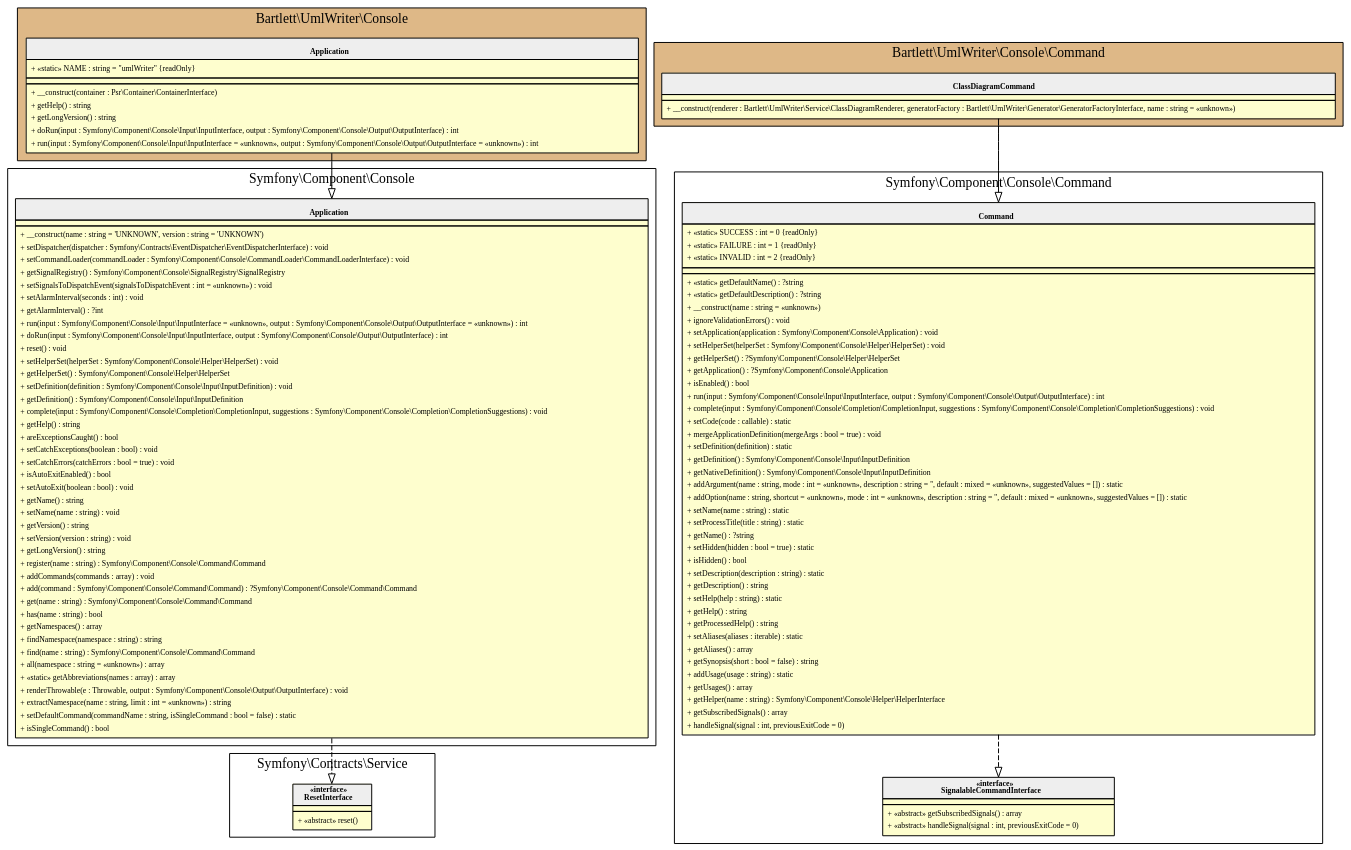
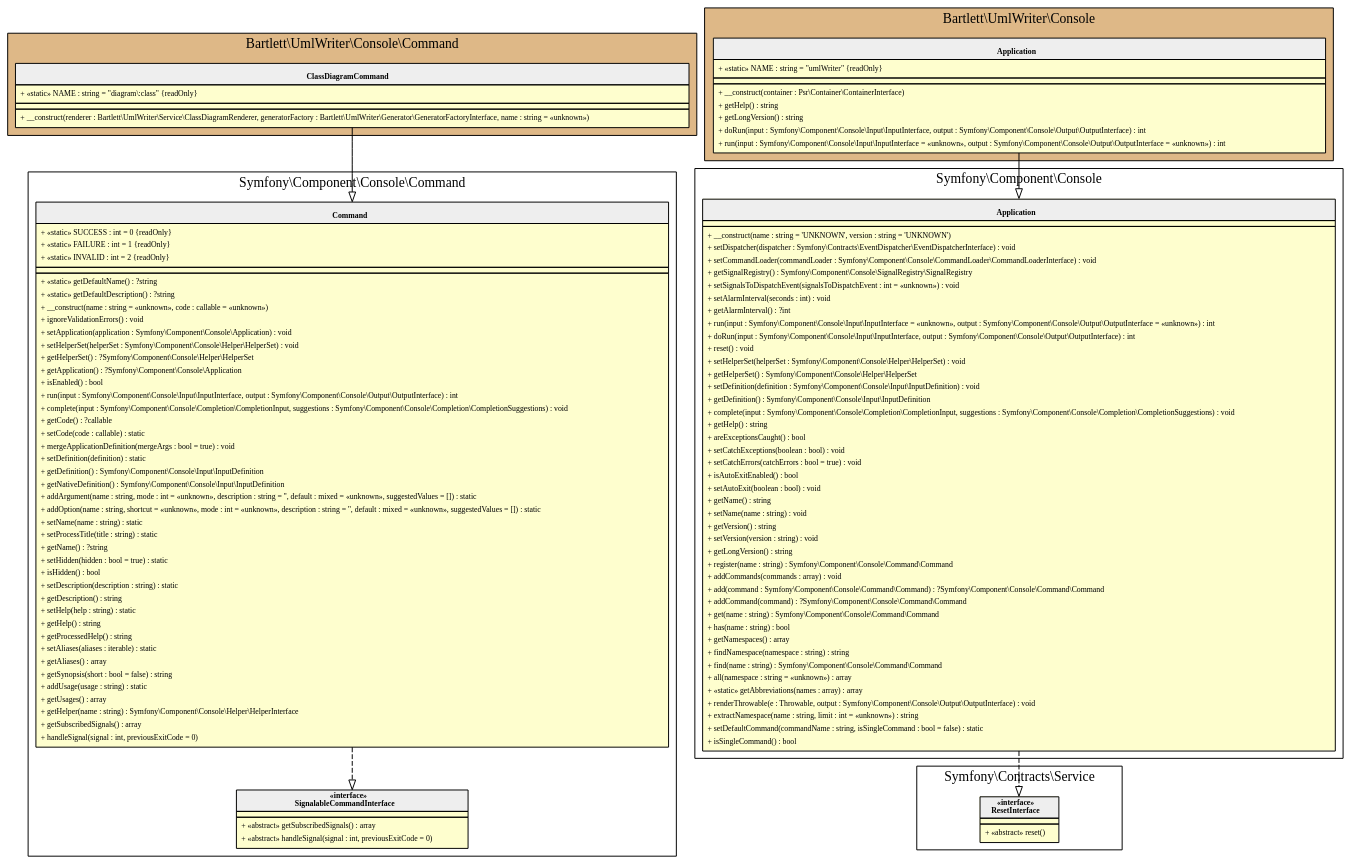
Before and after one commit to llaville/umlwriter: the diagram in 4.4/assets/images/console-commands.html.gv, drawn with Graphviz. The commit also changed 43 other files, not shown here.

```diff
--- a/4.4/assets/images/console-commands.html.gv
+++ b/4.4/assets/images/console-commands.html.gv
@@ -4,97 +4,20 @@
   edge [fontname="Verdana" fontsize=8]
   subgraph cluster_0 {
     graph [bgcolor="BurlyWood"]
-    label = "Bartlett\\UmlWriter\\Console"
-    "Bartlett\\UmlWriter\\Console\\Application" [shape="none" label=<
-<table cellspacing="0" border="0" cellborder="1">
-    <tr><td bgcolor="#eeeeee"><b><br/>Application</b></td></tr>
-    <tr><td><table border="0" cellspacing="0" cellpadding="2">
-    <tr><td align="left">+ «static» NAME : string = "umlWriter" {readOnly}</td></tr>
-</table></td></tr>
-    <tr><td></td></tr>
-    <tr><td><table border="0" cellspacing="0" cellpadding="2">
-    <tr><td align="left">+ __construct(container : Psr\\Container\\ContainerInterface)</td></tr>
-    <tr><td align="left">+ getHelp() : string</td></tr>
-    <tr><td align="left">+ getLongVersion() : string</td></tr>
-    <tr><td align="left">+ doRun(input : Symfony\\Component\\Console\\Input\\InputInterface, output : Symfony\\Component\\Console\\Output\\OutputInterface) : int</td></tr>
-    <tr><td align="left">+ run(input : Symfony\\Component\\Console\\Input\\InputInterface = «unknown», output : Symfony\\Component\\Console\\Output\\OutputInterface = «unknown») : int</td></tr>
-</table></td></tr>
-</table>>]
-  }
-  subgraph cluster_1 {
-    label = "Symfony\\Component\\Console"
-    "Symfony\\Component\\Console\\Application" [shape="none" label=<
-<table cellspacing="0" border="0" cellborder="1">
-    <tr><td bgcolor="#eeeeee"><b><br/>Application</b></td></tr>
-    <tr><td></td></tr>
-    <tr><td><table border="0" cellspacing="0" cellpadding="2">
-    <tr><td align="left">+ __construct(name : string = 'UNKNOWN', version : string = 'UNKNOWN')</td></tr>
-    <tr><td align="left">+ setDispatcher(dispatcher : Symfony\\Contracts\\EventDispatcher\\EventDispatcherInterface) : void</td></tr>
-    <tr><td align="left">+ setCommandLoader(commandLoader : Symfony\\Component\\Console\\CommandLoader\\CommandLoaderInterface) : void</td></tr>
-    <tr><td align="left">+ getSignalRegistry() : Symfony\\Component\\Console\\SignalRegistry\\SignalRegistry</td></tr>
-    <tr><td align="left">+ setSignalsToDispatchEvent(signalsToDispatchEvent : int = «unknown») : void</td></tr>
-    <tr><td align="left">+ setAlarmInterval(seconds : int) : void</td></tr>
-    <tr><td align="left">+ getAlarmInterval() : ?int</td></tr>
-    <tr><td align="left">+ run(input : Symfony\\Component\\Console\\Input\\InputInterface = «unknown», output : Symfony\\Component\\Console\\Output\\OutputInterface = «unknown») : int</td></tr>
-    <tr><td align="left">+ doRun(input : Symfony\\Component\\Console\\Input\\InputInterface, output : Symfony\\Component\\Console\\Output\\OutputInterface) : int</td></tr>
-    <tr><td align="left">+ reset() : void</td></tr>
-    <tr><td align="left">+ setHelperSet(helperSet : Symfony\\Component\\Console\\Helper\\HelperSet) : void</td></tr>
-    <tr><td align="left">+ getHelperSet() : Symfony\\Component\\Console\\Helper\\HelperSet</td></tr>
-    <tr><td align="left">+ setDefinition(definition : Symfony\\Component\\Console\\Input\\InputDefinition) : void</td></tr>
-    <tr><td align="left">+ getDefinition() : Symfony\\Component\\Console\\Input\\InputDefinition</td></tr>
-    <tr><td align="left">+ complete(input : Symfony\\Component\\Console\\Completion\\CompletionInput, suggestions : Symfony\\Component\\Console\\Completion\\CompletionSuggestions) : void</td></tr>
-    <tr><td align="left">+ getHelp() : string</td></tr>
-    <tr><td align="left">+ areExceptionsCaught() : bool</td></tr>
-    <tr><td align="left">+ setCatchExceptions(boolean : bool) : void</td></tr>
-    <tr><td align="left">+ setCatchErrors(catchErrors : bool = true) : void</td></tr>
-    <tr><td align="left">+ isAutoExitEnabled() : bool</td></tr>
-    <tr><td align="left">+ setAutoExit(boolean : bool) : void</td></tr>
-    <tr><td align="left">+ getName() : string</td></tr>
-    <tr><td align="left">+ setName(name : string) : void</td></tr>
-    <tr><td align="left">+ getVersion() : string</td></tr>
-    <tr><td align="left">+ setVersion(version : string) : void</td></tr>
-    <tr><td align="left">+ getLongVersion() : string</td></tr>
-    <tr><td align="left">+ register(name : string) : Symfony\\Component\\Console\\Command\\Command</td></tr>
-    <tr><td align="left">+ addCommands(commands : array) : void</td></tr>
-    <tr><td align="left">+ add(command : Symfony\\Component\\Console\\Command\\Command) : ?Symfony\\Component\\Console\\Command\\Command</td></tr>
-    <tr><td align="left">+ get(name : string) : Symfony\\Component\\Console\\Command\\Command</td></tr>
-    <tr><td align="left">+ has(name : string) : bool</td></tr>
-    <tr><td align="left">+ getNamespaces() : array</td></tr>
-    <tr><td align="left">+ findNamespace(namespace : string) : string</td></tr>
-    <tr><td align="left">+ find(name : string) : Symfony\\Component\\Console\\Command\\Command</td></tr>
-    <tr><td align="left">+ all(namespace : string = «unknown») : array</td></tr>
-    <tr><td align="left">+ «static» getAbbreviations(names : array) : array</td></tr>
-    <tr><td align="left">+ renderThrowable(e : Throwable, output : Symfony\\Component\\Console\\Output\\OutputInterface) : void</td></tr>
-    <tr><td align="left">+ extractNamespace(name : string, limit : int = «unknown») : string</td></tr>
-    <tr><td align="left">+ setDefaultCommand(commandName : string, isSingleCommand : bool = false) : static</td></tr>
-    <tr><td align="left">+ isSingleCommand() : bool</td></tr>
-</table></td></tr>
-</table>>]
-  }
-  subgraph cluster_2 {
-    label = "Symfony\\Contracts\\Service"
-    "Symfony\\Contracts\\Service\\ResetInterface" [shape="none" label=<
-<table cellspacing="0" border="0" cellborder="1">
-    <tr><td bgcolor="#eeeeee"><b>«interface»<br/>ResetInterface</b></td></tr>
-    <tr><td></td></tr>
-    <tr><td><table border="0" cellspacing="0" cellpadding="2">
-    <tr><td align="left">+ «abstract» reset()</td></tr>
-</table></td></tr>
-</table>>]
-  }
-  subgraph cluster_3 {
-    graph [bgcolor="BurlyWood"]
     label = "Bartlett\\UmlWriter\\Console\\Command"
     "Bartlett\\UmlWriter\\Console\\Command\\ClassDiagramCommand" [shape="none" label=<
 <table cellspacing="0" border="0" cellborder="1">
     <tr><td bgcolor="#eeeeee"><b><br/>ClassDiagramCommand</b></td></tr>
+    <tr><td><table border="0" cellspacing="0" cellpadding="2">
+    <tr><td align="left">+ «static» NAME : string = "diagram\:class" {readOnly}</td></tr>
+</table></td></tr>
     <tr><td></td></tr>
     <tr><td><table border="0" cellspacing="0" cellpadding="2">
     <tr><td align="left">+ __construct(renderer : Bartlett\\UmlWriter\\Service\\ClassDiagramRenderer, generatorFactory : Bartlett\\UmlWriter\\Generator\\GeneratorFactoryInterface, name : string = «unknown»)</td></tr>
 </table></td></tr>
 </table>>]
   }
-  subgraph cluster_4 {
+  subgraph cluster_1 {
     label = "Symfony\\Component\\Console\\Command"
     "Symfony\\Component\\Console\\Command\\Command" [shape="none" label=<
 <table cellspacing="0" border="0" cellborder="1">
@@ -108,7 +31,7 @@
     <tr><td><table border="0" cellspacing="0" cellpadding="2">
     <tr><td align="left">+ «static» getDefaultName() : ?string</td></tr>
     <tr><td align="left">+ «static» getDefaultDescription() : ?string</td></tr>
-    <tr><td align="left">+ __construct(name : string = «unknown»)</td></tr>
+    <tr><td align="left">+ __construct(name : string = «unknown», code : callable = «unknown»)</td></tr>
     <tr><td align="left">+ ignoreValidationErrors() : void</td></tr>
     <tr><td align="left">+ setApplication(application : Symfony\\Component\\Console\\Application) : void</td></tr>
     <tr><td align="left">+ setHelperSet(helperSet : Symfony\\Component\\Console\\Helper\\HelperSet) : void</td></tr>
@@ -117,6 +40,7 @@
     <tr><td align="left">+ isEnabled() : bool</td></tr>
     <tr><td align="left">+ run(input : Symfony\\Component\\Console\\Input\\InputInterface, output : Symfony\\Component\\Console\\Output\\OutputInterface) : int</td></tr>
     <tr><td align="left">+ complete(input : Symfony\\Component\\Console\\Completion\\CompletionInput, suggestions : Symfony\\Component\\Console\\Completion\\CompletionSuggestions) : void</td></tr>
+    <tr><td align="left">+ getCode() : ?callable</td></tr>
     <tr><td align="left">+ setCode(code : callable) : static</td></tr>
     <tr><td align="left">+ mergeApplicationDefinition(mergeArgs : bool = true) : void</td></tr>
     <tr><td align="left">+ setDefinition(definition) : static</td></tr>
@@ -154,8 +78,89 @@
 </table></td></tr>
 </table>>]
   }
+  subgraph cluster_2 {
+    graph [bgcolor="BurlyWood"]
+    label = "Bartlett\\UmlWriter\\Console"
+    "Bartlett\\UmlWriter\\Console\\Application" [shape="none" label=<
+<table cellspacing="0" border="0" cellborder="1">
+    <tr><td bgcolor="#eeeeee"><b><br/>Application</b></td></tr>
+    <tr><td><table border="0" cellspacing="0" cellpadding="2">
+    <tr><td align="left">+ «static» NAME : string = "umlWriter" {readOnly}</td></tr>
+</table></td></tr>
+    <tr><td></td></tr>
+    <tr><td><table border="0" cellspacing="0" cellpadding="2">
+    <tr><td align="left">+ __construct(container : Psr\\Container\\ContainerInterface)</td></tr>
+    <tr><td align="left">+ getHelp() : string</td></tr>
+    <tr><td align="left">+ getLongVersion() : string</td></tr>
+    <tr><td align="left">+ doRun(input : Symfony\\Component\\Console\\Input\\InputInterface, output : Symfony\\Component\\Console\\Output\\OutputInterface) : int</td></tr>
+    <tr><td align="left">+ run(input : Symfony\\Component\\Console\\Input\\InputInterface = «unknown», output : Symfony\\Component\\Console\\Output\\OutputInterface = «unknown») : int</td></tr>
+</table></td></tr>
+</table>>]
+  }
+  subgraph cluster_3 {
+    label = "Symfony\\Component\\Console"
+    "Symfony\\Component\\Console\\Application" [shape="none" label=<
+<table cellspacing="0" border="0" cellborder="1">
+    <tr><td bgcolor="#eeeeee"><b><br/>Application</b></td></tr>
+    <tr><td></td></tr>
+    <tr><td><table border="0" cellspacing="0" cellpadding="2">
+    <tr><td align="left">+ __construct(name : string = 'UNKNOWN', version : string = 'UNKNOWN')</td></tr>
+    <tr><td align="left">+ setDispatcher(dispatcher : Symfony\\Contracts\\EventDispatcher\\EventDispatcherInterface) : void</td></tr>
+    <tr><td align="left">+ setCommandLoader(commandLoader : Symfony\\Component\\Console\\CommandLoader\\CommandLoaderInterface) : void</td></tr>
+    <tr><td align="left">+ getSignalRegistry() : Symfony\\Component\\Console\\SignalRegistry\\SignalRegistry</td></tr>
+    <tr><td align="left">+ setSignalsToDispatchEvent(signalsToDispatchEvent : int = «unknown») : void</td></tr>
+    <tr><td align="left">+ setAlarmInterval(seconds : int) : void</td></tr>
+    <tr><td align="left">+ getAlarmInterval() : ?int</td></tr>
+    <tr><td align="left">+ run(input : Symfony\\Component\\Console\\Input\\InputInterface = «unknown», output : Symfony\\Component\\Console\\Output\\OutputInterface = «unknown») : int</td></tr>
+    <tr><td align="left">+ doRun(input : Symfony\\Component\\Console\\Input\\InputInterface, output : Symfony\\Component\\Console\\Output\\OutputInterface) : int</td></tr>
+    <tr><td align="left">+ reset() : void</td></tr>
+    <tr><td align="left">+ setHelperSet(helperSet : Symfony\\Component\\Console\\Helper\\HelperSet) : void</td></tr>
+    <tr><td align="left">+ getHelperSet() : Symfony\\Component\\Console\\Helper\\HelperSet</td></tr>
+    <tr><td align="left">+ setDefinition(definition : Symfony\\Component\\Console\\Input\\InputDefinition) : void</td></tr>
+    <tr><td align="left">+ getDefinition() : Symfony\\Component\\Console\\Input\\InputDefinition</td></tr>
+    <tr><td align="left">+ complete(input : Symfony\\Component\\Console\\Completion\\CompletionInput, suggestions : Symfony\\Component\\Console\\Completion\\CompletionSuggestions) : void</td></tr>
+    <tr><td align="left">+ getHelp() : string</td></tr>
+    <tr><td align="left">+ areExceptionsCaught() : bool</td></tr>
+    <tr><td align="left">+ setCatchExceptions(boolean : bool) : void</td></tr>
+    <tr><td align="left">+ setCatchErrors(catchErrors : bool = true) : void</td></tr>
+    <tr><td align="left">+ isAutoExitEnabled() : bool</td></tr>
+    <tr><td align="left">+ setAutoExit(boolean : bool) : void</td></tr>
+    <tr><td align="left">+ getName() : string</td></tr>
+    <tr><td align="left">+ setName(name : string) : void</td></tr>
+    <tr><td align="left">+ getVersion() : string</td></tr>
+    <tr><td align="left">+ setVersion(version : string) : void</td></tr>
+    <tr><td align="left">+ getLongVersion() : string</td></tr>
+    <tr><td align="left">+ register(name : string) : Symfony\\Component\\Console\\Command\\Command</td></tr>
+    <tr><td align="left">+ addCommands(commands : array) : void</td></tr>
+    <tr><td align="left">+ add(command : Symfony\\Component\\Console\\Command\\Command) : ?Symfony\\Component\\Console\\Command\\Command</td></tr>
+    <tr><td align="left">+ addCommand(command) : ?Symfony\\Component\\Console\\Command\\Command</td></tr>
+    <tr><td align="left">+ get(name : string) : Symfony\\Component\\Console\\Command\\Command</td></tr>
+    <tr><td align="left">+ has(name : string) : bool</td></tr>
+    <tr><td align="left">+ getNamespaces() : array</td></tr>
+    <tr><td align="left">+ findNamespace(namespace : string) : string</td></tr>
+    <tr><td align="left">+ find(name : string) : Symfony\\Component\\Console\\Command\\Command</td></tr>
+    <tr><td align="left">+ all(namespace : string = «unknown») : array</td></tr>
+    <tr><td align="left">+ «static» getAbbreviations(names : array) : array</td></tr>
+    <tr><td align="left">+ renderThrowable(e : Throwable, output : Symfony\\Component\\Console\\Output\\OutputInterface) : void</td></tr>
+    <tr><td align="left">+ extractNamespace(name : string, limit : int = «unknown») : string</td></tr>
+    <tr><td align="left">+ setDefaultCommand(commandName : string, isSingleCommand : bool = false) : static</td></tr>
+    <tr><td align="left">+ isSingleCommand() : bool</td></tr>
+</table></td></tr>
+</table>>]
+  }
+  subgraph cluster_4 {
+    label = "Symfony\\Contracts\\Service"
+    "Symfony\\Contracts\\Service\\ResetInterface" [shape="none" label=<
+<table cellspacing="0" border="0" cellborder="1">
+    <tr><td bgcolor="#eeeeee"><b>«interface»<br/>ResetInterface</b></td></tr>
+    <tr><td></td></tr>
+    <tr><td><table border="0" cellspacing="0" cellpadding="2">
+    <tr><td align="left">+ «abstract» reset()</td></tr>
+</table></td></tr>
+</table>>]
+  }
+  "Symfony\\Component\\Console\\Command\\Command" -> "Symfony\\Component\\Console\\Command\\SignalableCommandInterface" [arrowhead="empty" style="dashed"]
+  "Bartlett\\UmlWriter\\Console\\Command\\ClassDiagramCommand" -> "Symfony\\Component\\Console\\Command\\Command" [arrowhead="empty" style="filled"]
   "Symfony\\Component\\Console\\Application" -> "Symfony\\Contracts\\Service\\ResetInterface" [arrowhead="empty" style="dashed"]
   "Bartlett\\UmlWriter\\Console\\Application" -> "Symfony\\Component\\Console\\Application" [arrowhead="empty" style="filled"]
-  "Symfony\\Component\\Console\\Command\\Command" -> "Symfony\\Component\\Console\\Command\\SignalableCommandInterface" [arrowhead="empty" style="dashed"]
-  "Bartlett\\UmlWriter\\Console\\Command\\ClassDiagramCommand" -> "Symfony\\Component\\Console\\Command\\Command" [arrowhead="empty" style="filled"]
 }
```
